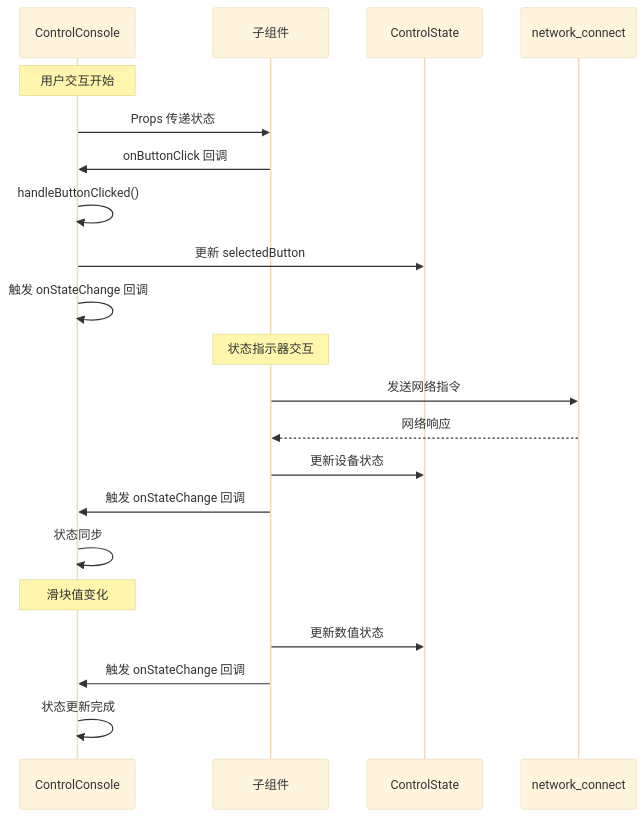
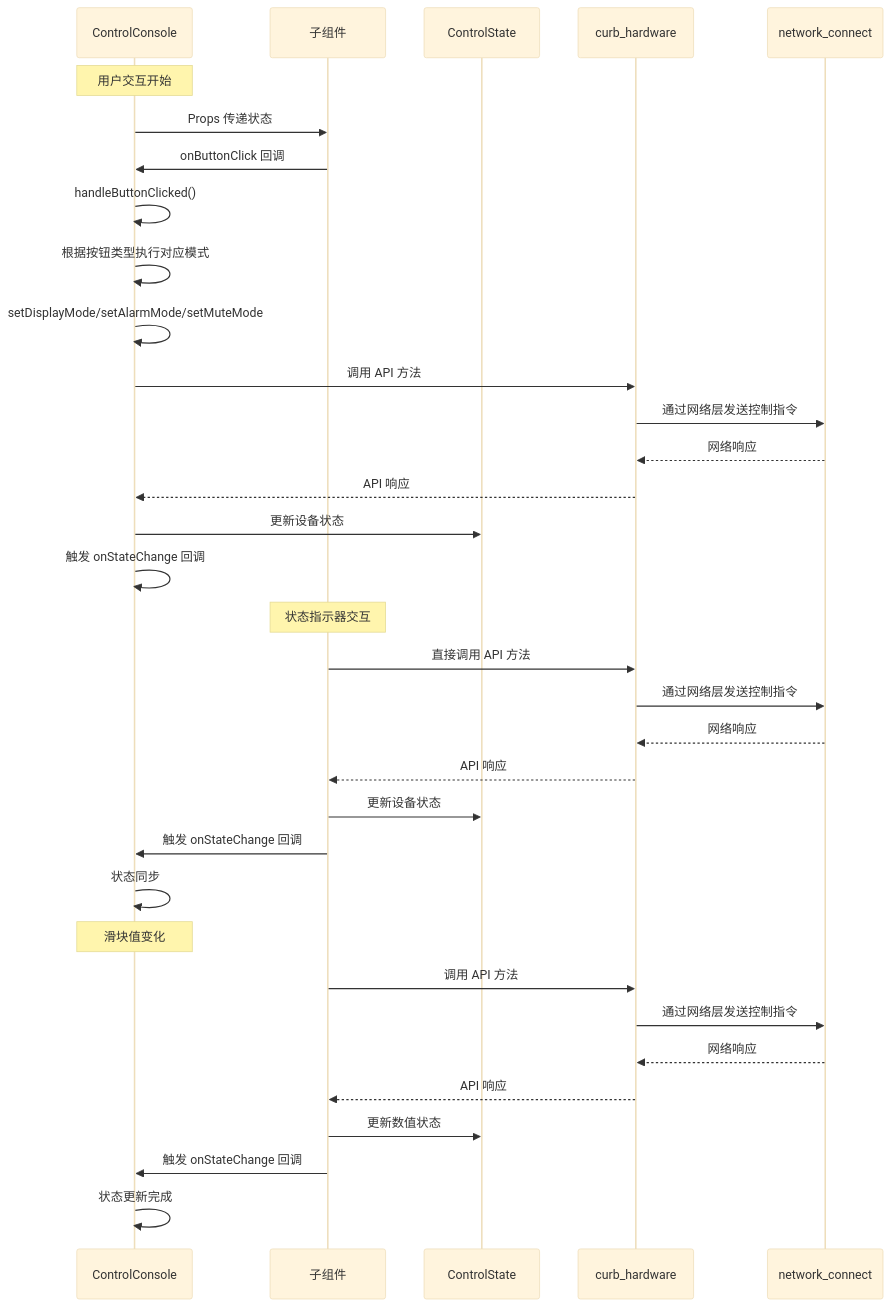
Before and after one commit to Neonrey-hub/SmartController: the fifth of 13 diagrams in .qoder/repowiki/zh/content/界面组件系统/控制组件/控制台主组件.md, drawn with Mermaid (base theme). The commit also changed other lines of this file and 16 other files, not shown here.

````diff
--- a/.qoder/repowiki/zh/content/界面组件系统/控制组件/控制台主组件.md
+++ b/.qoder/repowiki/zh/content/界面组件系统/控制组件/控制台主组件.md
@@ -271,23 +348,36 @@
 ```mermaid
 sequenceDiagram
 participant Parent as ControlConsole
 participant Child as 子组件
 participant State as ControlState
+participant Hardware as curb_hardware
 participant Network as network_connect
 Note over Parent : 用户交互开始
 Parent->>Child : Props 传递状态
 Child->>Parent : onButtonClick 回调
 Parent->>Parent : handleButtonClicked()
-Parent->>State : 更新 selectedButton
+Parent->>Parent : 根据按钮类型执行对应模式
+Parent->>Parent : setDisplayMode/setAlarmMode/setMuteMode
+Parent->>Hardware : 调用 API 方法
+Hardware->>Network : 通过网络层发送控制指令
+Network-->>Hardware : 网络响应
+Hardware-->>Parent : API 响应
+Parent->>State : 更新设备状态
 Parent->>Parent : 触发 onStateChange 回调
 Note over Child : 状态指示器交互
-Child->>Network : 发送网络指令
-Network-->>Child : 网络响应
+Child->>Hardware : 直接调用 API 方法
+Hardware->>Network : 通过网络层发送控制指令
+Network-->>Hardware : 网络响应
+Hardware-->>Child : API 响应
 Child->>State : 更新设备状态
 Child->>Parent : 触发 onStateChange 回调
 Parent->>Parent : 状态同步
 Note over Parent : 滑块值变化
+Child->>Hardware : 调用 API 方法
+Hardware->>Network : 通过网络层发送控制指令
+Network-->>Hardware : 网络响应
+Hardware-->>Child : API 响应
 Child->>State : 更新数值状态
 Child->>Parent : 触发 onStateChange 回调
 Parent->>Parent : 状态更新完成
 ```
````
